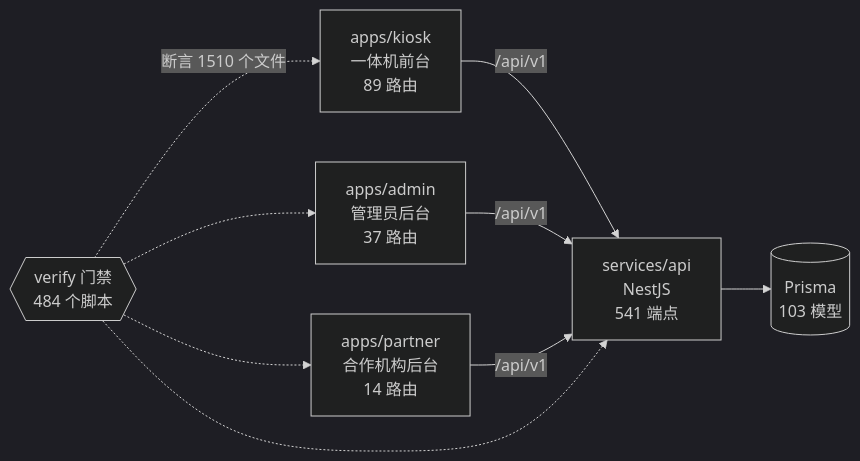
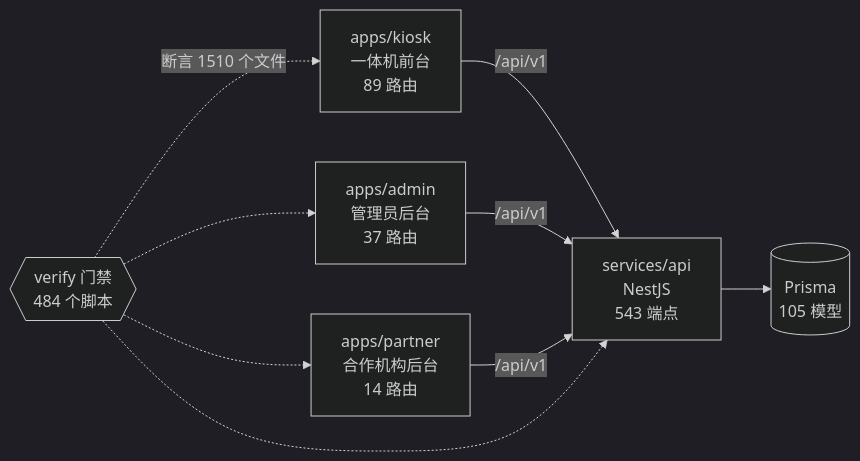
The diagram in docs/graph/README.md (wanglei581/YITIJI), drawn with Mermaid (dark theme) before and after one commit. The commit also changed other lines of this file and 13 other files, not shown here.

````diff
--- a/docs/graph/README.md
+++ b/docs/graph/README.md
@@ -68,18 +68,18 @@
 ```mermaid
 flowchart LR
   kiosk["apps/kiosk<br/>一体机前台<br/>89 路由"]
   admin["apps/admin<br/>管理员后台<br/>37 路由"]
   partner["apps/partner<br/>合作机构后台<br/>14 路由"]
-  api["services/api<br/>NestJS<br/>541 端点"]
-  db[("Prisma<br/>103 模型")]
+  api["services/api<br/>NestJS<br/>543 端点"]
+  db[("Prisma<br/>105 模型")]
   gates{{"verify 门禁<br/>484 个脚本"}}
 
   kiosk -->|"/api/v1"| api
   admin -->|"/api/v1"| api
   partner -->|"/api/v1"| api
   api --> db
   gates -.->|"断言 1510 个文件"| kiosk
   gates -.-> admin
   gates -.-> partner
   gates -.-> api
 ```
````
